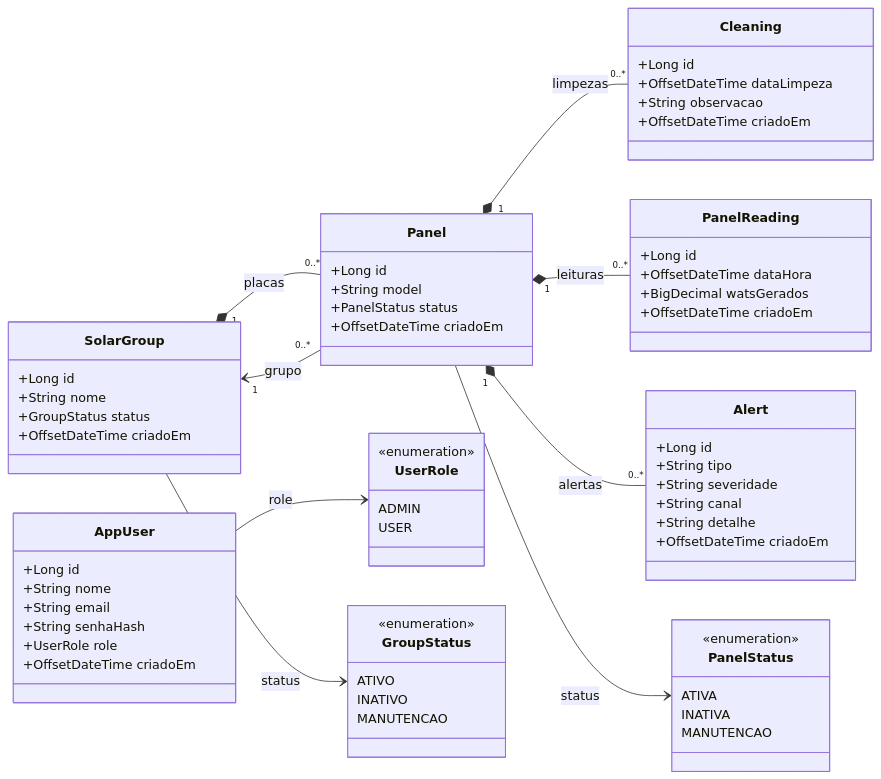
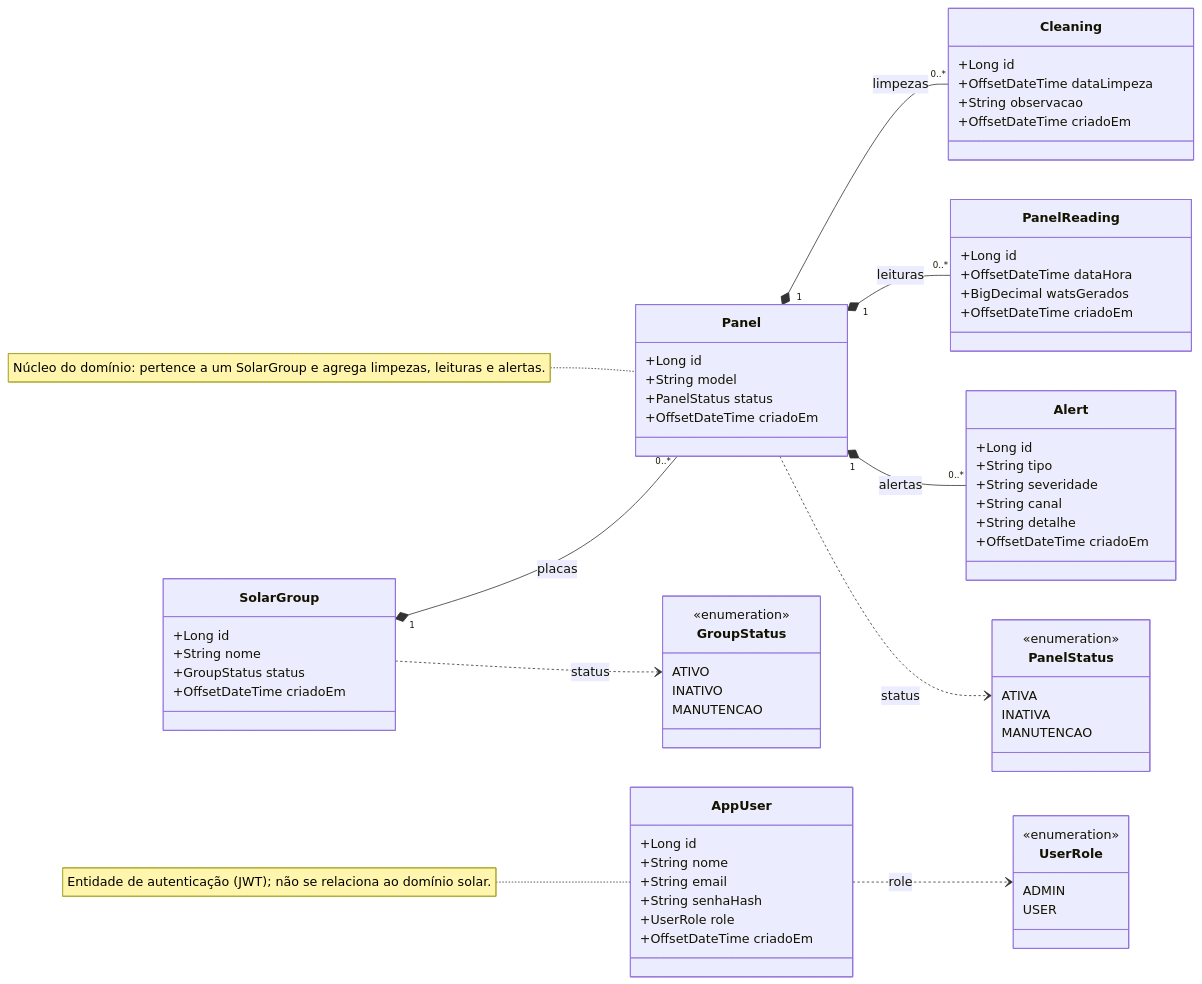
One commit to danieltanjos/SolarVision changed the diagram in docs/MODELO-DE-CLASSES.md. Above: the diagram before and after it, drawn with Mermaid. The commit also changed 1 other file, not shown here.

Commit message:
feat: atualiza docs

````diff
--- a/docs/MODELO-DE-CLASSES.md
+++ b/docs/MODELO-DE-CLASSES.md
@@ -11,71 +11,77 @@
 ```mermaid
 classDiagram
     direction LR
 
     class AppUser {
         +Long id
         +String nome
         +String email
         +String senhaHash
         +UserRole role
         +OffsetDateTime criadoEm
     }
     class SolarGroup {
         +Long id
         +String nome
         +GroupStatus status
         +OffsetDateTime criadoEm
     }
     class Panel {
         +Long id
         +String model
         +PanelStatus status
         +OffsetDateTime criadoEm
     }
     class Cleaning {
         +Long id
         +OffsetDateTime dataLimpeza
         +String observacao
         +OffsetDateTime criadoEm
     }
     class PanelReading {
         +Long id
         +OffsetDateTime dataHora
         +BigDecimal watsGerados
         +OffsetDateTime criadoEm
     }
     class Alert {
         +Long id
         +String tipo
         +String severidade
         +String canal
         +String detalhe
         +OffsetDateTime criadoEm
     }
     class UserRole {
         <<enumeration>>
         ADMIN
         USER
     }
     class GroupStatus {
         <<enumeration>>
         ATIVO
         INATIVO
         MANUTENCAO
     }
     class PanelStatus {
         <<enumeration>>
         ATIVA
         INATIVA
         MANUTENCAO
     }
 
+    %% Composições (losango cheio) refletem ON DELETE CASCADE:
+    %% remover o pai remove os filhos.
     SolarGroup "1" *-- "0..*" Panel : placas
     Panel "1" *-- "0..*" Cleaning : limpezas
     Panel "1" *-- "0..*" PanelReading : leituras
     Panel "1" *-- "0..*" Alert : alertas
-    Panel "0..*" --> "1" SolarGroup : grupo
-    AppUser --> UserRole : role
-    SolarGroup --> GroupStatus : status
-    Panel --> PanelStatus : status
+
+    %% Enums de domínio (papel / status) usados como atributos
+    AppUser ..> UserRole : role
+    SolarGroup ..> GroupStatus : status
+    Panel ..> PanelStatus : status
+
+    note for AppUser "Entidade de autenticação (JWT); não se relaciona ao domínio solar."
+    note for Panel "Núcleo do domínio: pertence a um SolarGroup e agrega limpezas, leituras e alertas."
 ```
````
